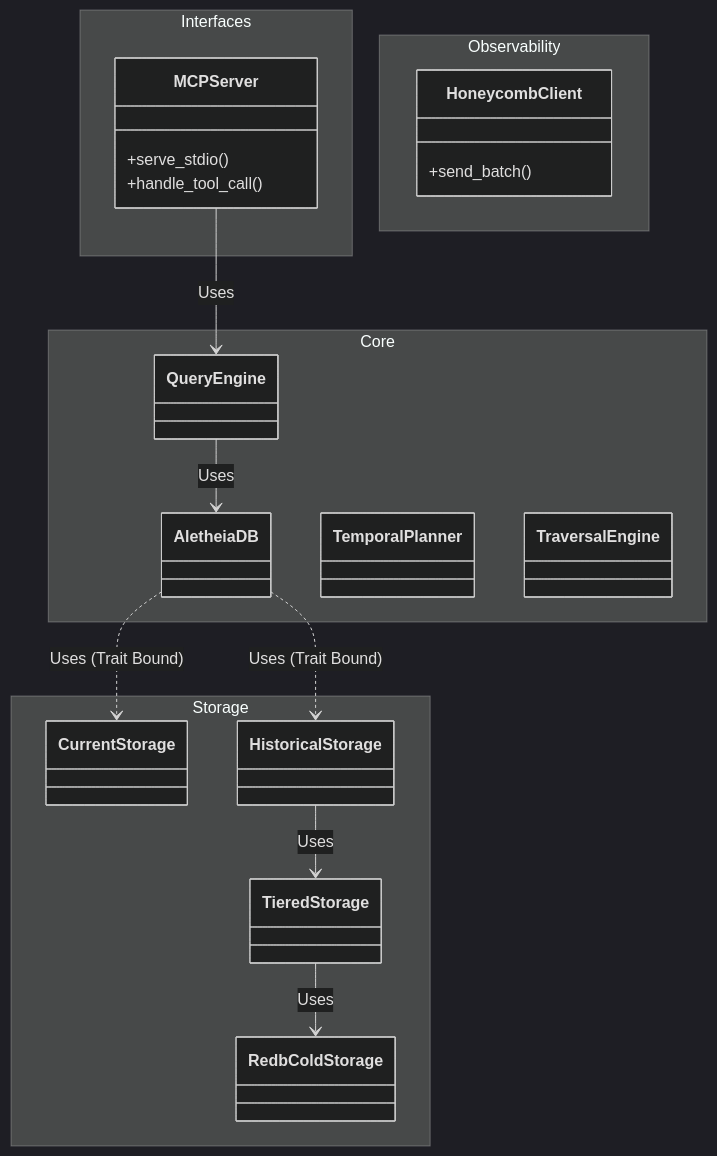
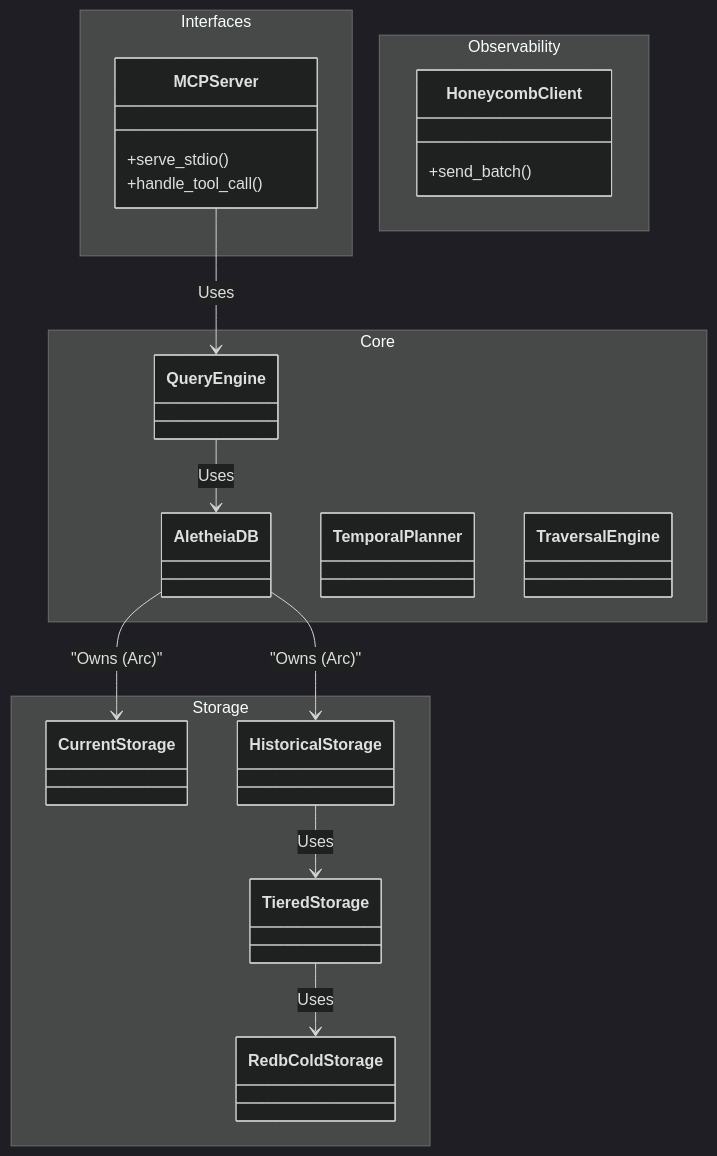
One commit to autumn-foundation/AletheiaDB changed the second of 28 diagrams in docs/ARCHITECTURE.md. Above: the diagram before and after it, drawn with Mermaid (dark theme). The commit also changed 1 other file, not shown here.

Commit message:
📜 Codex: ADR 044 & Architecture Diagram Update
Recorded the decision to couple AletheiaDB to concrete storage types for performance. Updated architecture diagrams to reflect reality.

````diff
--- a/docs/ARCHITECTURE.md
+++ b/docs/ARCHITECTURE.md
@@ -78,34 +78,34 @@
 ```mermaid
 classDiagram
     namespace Interfaces {
         class MCPServer {
             +serve_stdio()
             +handle_tool_call()
         }
     }
     namespace Core {
         class AletheiaDB
         class QueryEngine
         class TemporalPlanner
         class TraversalEngine
     }
     namespace Storage {
         class CurrentStorage
         class HistoricalStorage
         class TieredStorage
         class RedbColdStorage
     }
     namespace Observability {
         class HoneycombClient {
             +send_batch()
         }
     }
 
     MCPServer --> QueryEngine : Uses
     QueryEngine --> AletheiaDB : Uses
-    AletheiaDB ..> CurrentStorage : Uses (Trait Bound)
-    AletheiaDB ..> HistoricalStorage : Uses (Trait Bound)
+    AletheiaDB --> CurrentStorage : "Owns (Arc)"
+    AletheiaDB --> HistoricalStorage : "Owns (Arc<RwLock>)"
     %% Removed the circular dependency arrow
     HistoricalStorage --> TieredStorage : Uses
     TieredStorage --> RedbColdStorage : Uses
 ```
````
